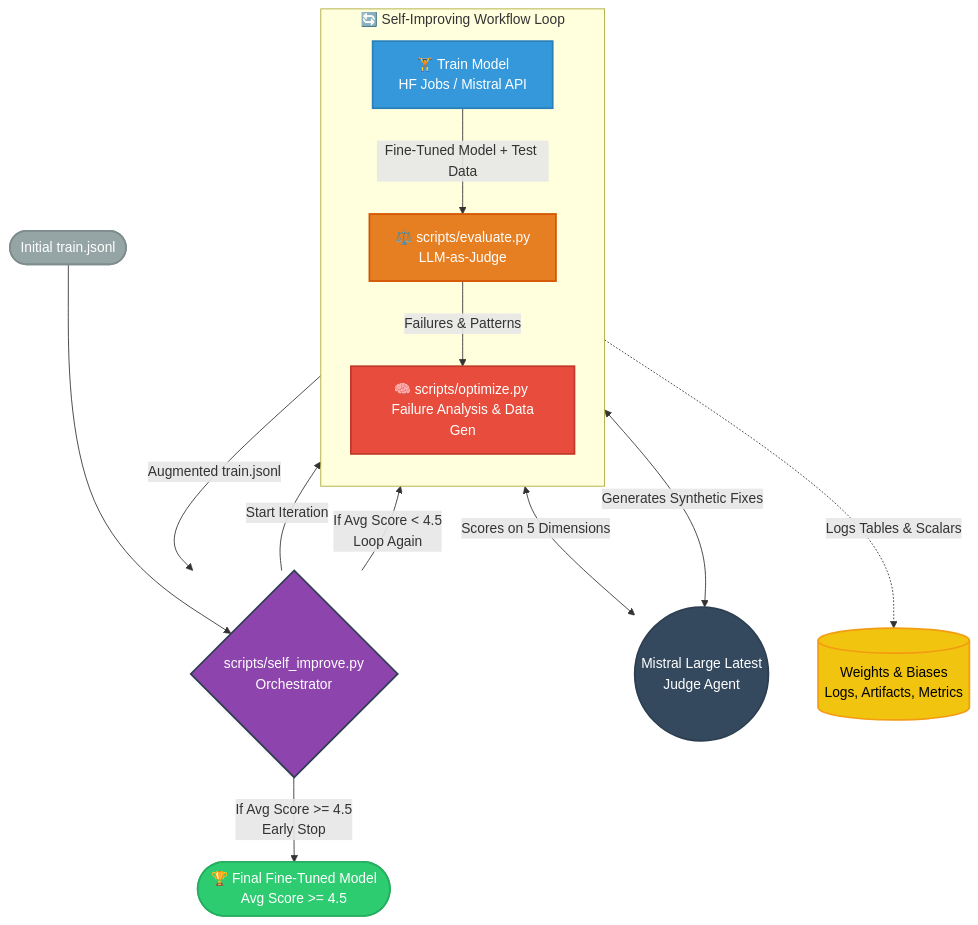
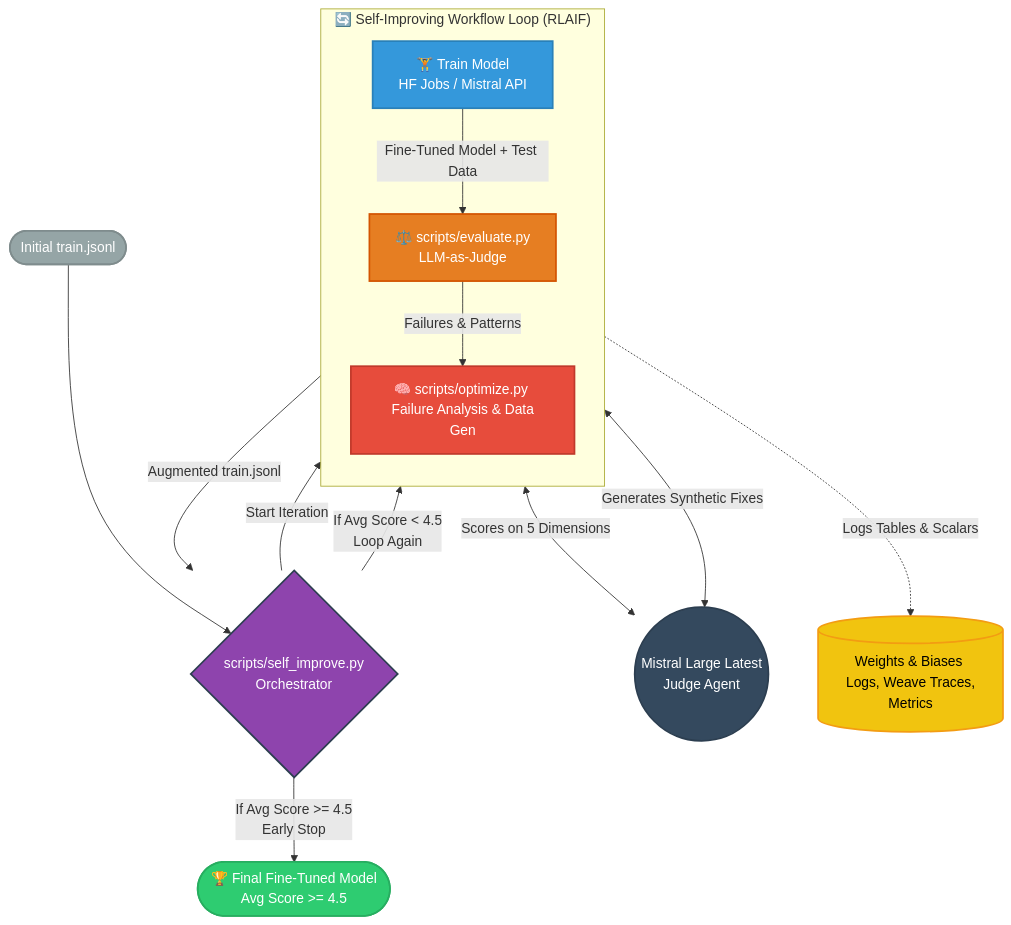
The diagram in README.md (fede-giorgi/mistral-vibe), drawn with Mermaid before and after one commit. The commit also changed other lines of this file, not shown here.

````diff
--- a/README.md
+++ b/README.md
@@ -50,44 +45,44 @@
 ```mermaid
 graph TD
-    %% Nodi Principali
+    %% Main Nodes
     Start([Initial train.jsonl])
     Orchestrator{scripts/self_improve.py <br> Orchestrator}
 
-    subgraph "🔄 Self-Improving Workflow Loop"
+    subgraph "🔄 Self-Improving Workflow Loop (RLAIF)"
         direction TB
         Train[🏋️ Train Model <br> HF Jobs / Mistral API]
         Eval[⚖️ scripts/evaluate.py <br> LLM-as-Judge]
         Optimize[🧠 scripts/optimize.py <br> Failure Analysis & Data Gen]
     end
 
-    %% Strumenti Esterni
+    %% External Tools
     Judge((Mistral Large Latest <br> Judge Agent))
-    WandB[(Weights & Biases <br> Logs, Artifacts, Metrics)]
+    WandB[(Weights & Biases <br> Logs, Weave Traces, Metrics)]
     Final([🏆 Final Fine-Tuned Model <br> Avg Score >= 4.5])
 
-    %% Collegamenti
+    %% Links
     Start --> Orchestrator
     Orchestrator -->|"Start Iteration"| Train
 
     Train -- "Fine-Tuned Model + Test Data" --> Eval
     Eval <-->|"Scores on 5 Dimensions"| Judge
     Eval -.->|"Logs Tables & Scalars"| WandB
 
     Eval -- "Failures & Patterns" --> Optimize
     Optimize <-->|"Generates Synthetic Fixes"| Judge
 
     Optimize -- "Augmented train.jsonl" --> Orchestrator
 
     Orchestrator -->|"If Avg Score < 4.5 <br> Loop Again"| Train
     Orchestrator -->|"If Avg Score >= 4.5 <br> Early Stop"| Final
 
-    %% Stili
+    %% Styles
     style Start fill:#95a5a6,stroke:#7f8c8d,stroke-width:2px,color:#fff
     style Final fill:#2ecc71,stroke:#27ae60,stroke-width:2px,color:#fff
     style Orchestrator fill:#8e44ad,stroke:#2c3e50,stroke-width:2px,color:#fff
     style Train fill:#3498db,stroke:#2980b9,stroke-width:2px,color:#fff
     style Eval fill:#e67e22,stroke:#d35400,stroke-width:2px,color:#fff
     style Optimize fill:#e74c3c,stroke:#c0392b,stroke-width:2px,color:#fff
     style Judge fill:#34495e,stroke:#2c3e50,stroke-width:2px,color:#fff
     style WandB fill:#f1c40f,stroke:#f39c12,stroke-width:2px,color:#000
 ```
````
